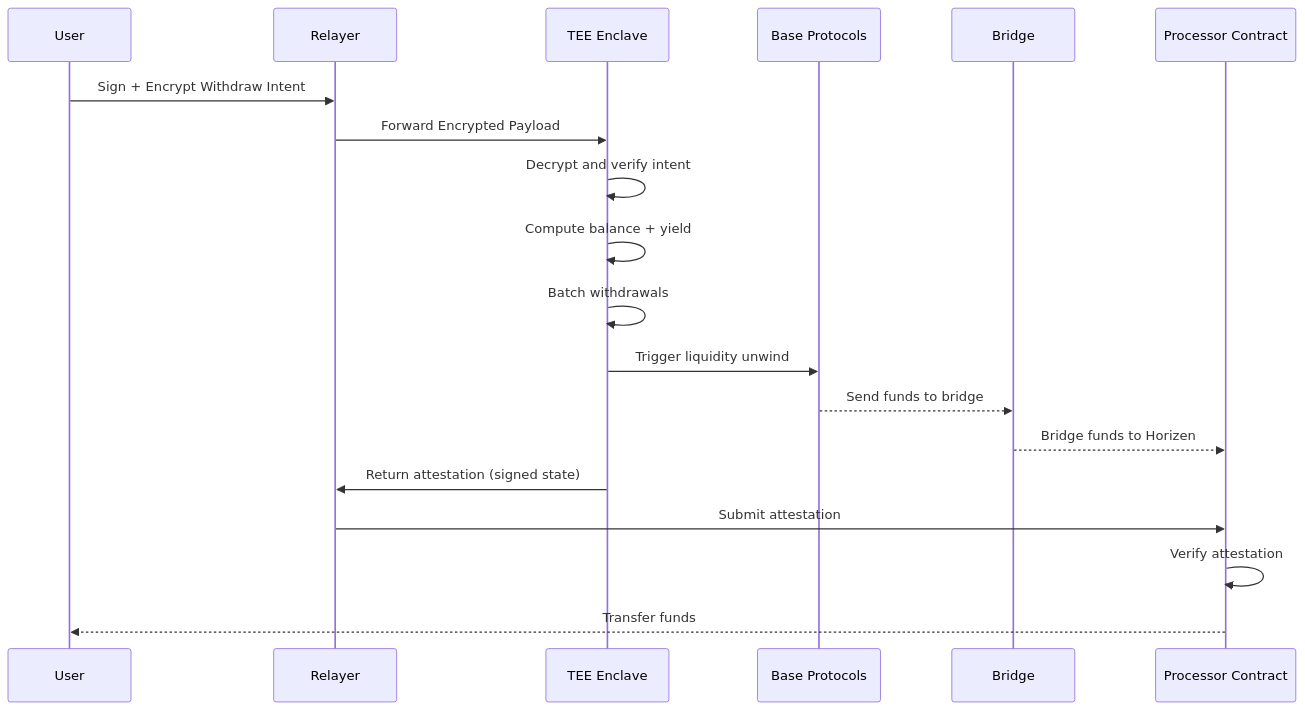
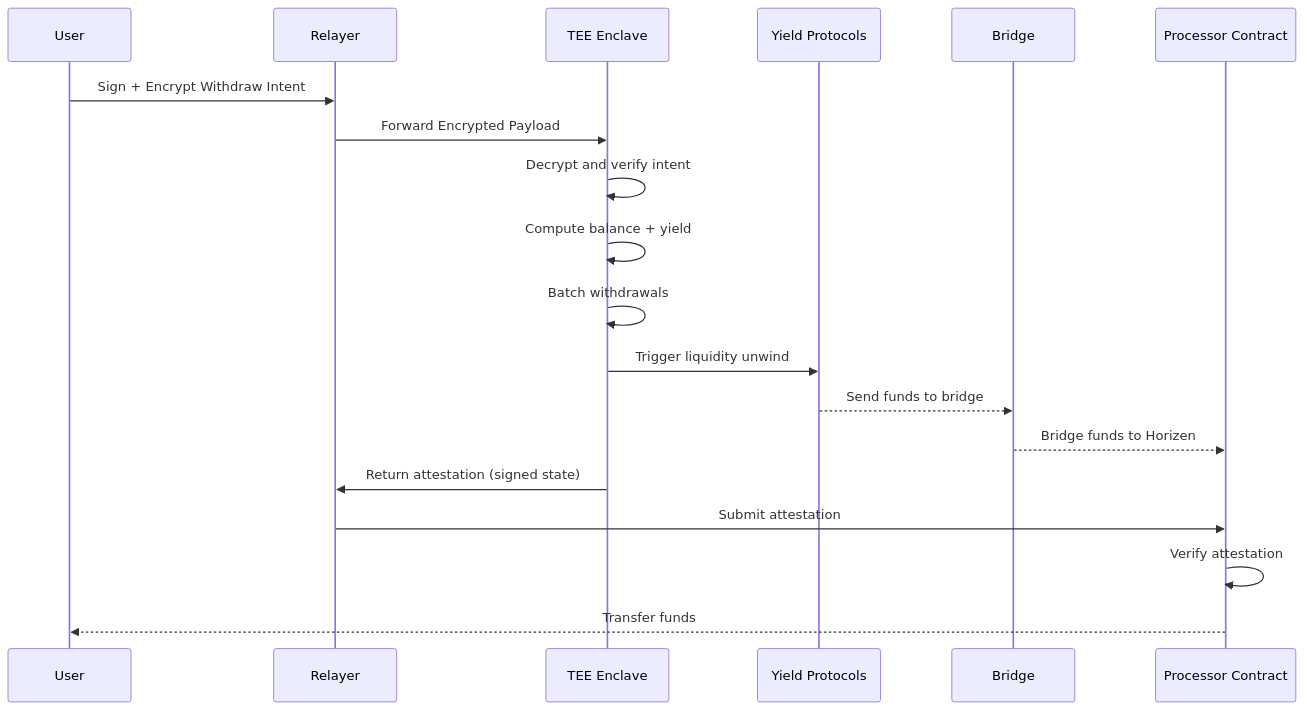
One commit to Xavek/shieldv changed the diagram in readme.md. Above: the diagram before and after it, drawn with Mermaid. The commit also changed other lines of this file, not shown here.

````diff
--- a/readme.md
+++ b/readme.md
@@ -90,26 +86,26 @@
 ```mermaid
 sequenceDiagram
     participant U as User
     participant R as Relayer
     participant T as TEE Enclave
-    participant Y as Base Protocols
+    participant Y as Yield Protocols
     participant B as Bridge
     participant P as Processor Contract
 
     U->>R: Sign + Encrypt Withdraw Intent
     R->>T: Forward Encrypted Payload
 
     T->>T: Decrypt and verify intent
     T->>T: Compute balance + yield
     T->>T: Batch withdrawals
 
     T->>Y: Trigger liquidity unwind
     Y-->>B: Send funds to bridge
     B-->>P: Bridge funds to Horizen
 
     T->>R: Return attestation (signed state)
     R->>P: Submit attestation
 
     P->>P: Verify attestation
     P-->>U: Transfer funds
 ```
````
